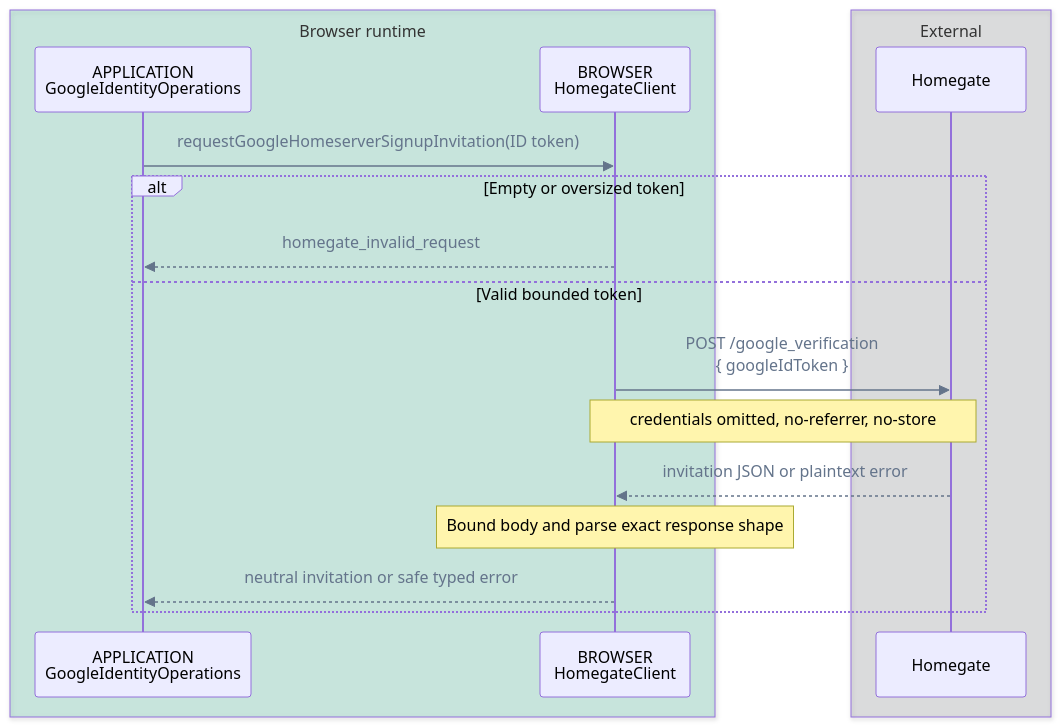
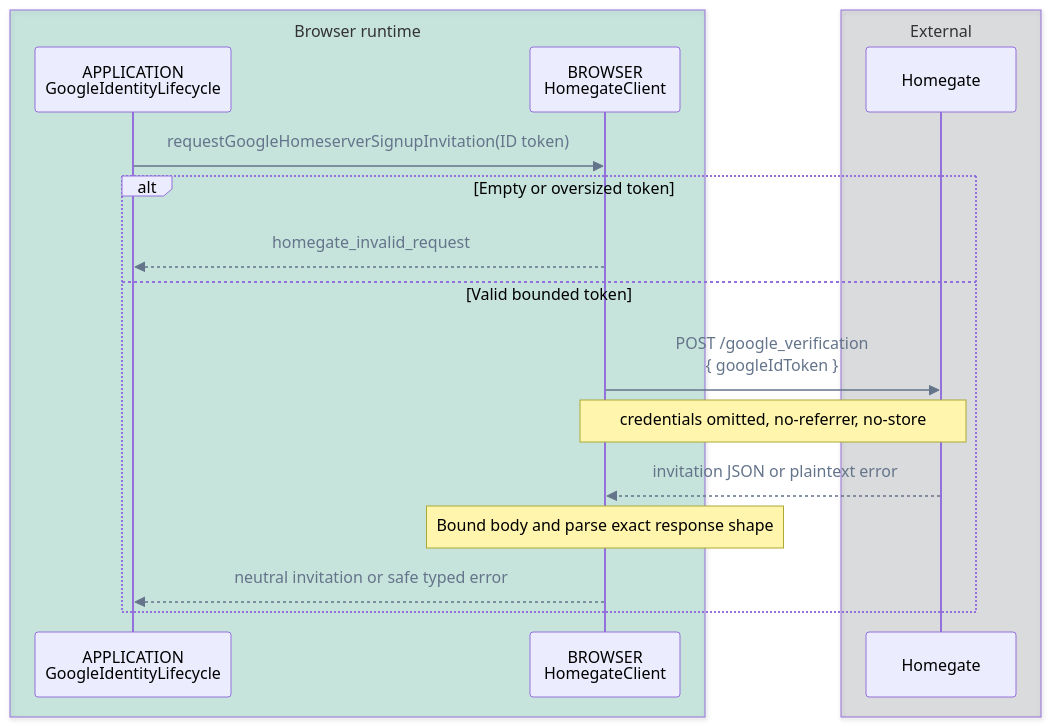
One commit to pubky/pubky-passport changed diagram 14 of 14 in FLOWS.md. Above: the diagram before and after it, drawn with Mermaid. The commit also changed other lines of this file and 15 other files, not shown here.

````diff
--- a/FLOWS.md
+++ b/FLOWS.md
@@ -715,24 +715,24 @@
 ```mermaid
 %%{init: {"themeVariables": {"signalColor": "#64748B", "signalTextColor": "#64748B"}}}%%
 sequenceDiagram
     accTitle: Direct browser Homegate signup invitation call flow
     accDescr: The browser adapter sends only the Google ID token directly to configured Homegate, then bounds and maps the invitation or plaintext error to a safe application result.
     box rgba(0, 158, 115, 0.18) Browser runtime
-        participant UseCase as APPLICATION<br/>GoogleIdentityOperations
+        participant UseCase as APPLICATION<br/>GoogleIdentityLifecycle
         participant Adapter as BROWSER<br/>HomegateClient
     end
     box rgba(17, 24, 39, 0.12) External
         participant Homegate as Homegate
     end
 
     UseCase->>Adapter: requestGoogleHomeserverSignupInvitation(ID token)
     alt Empty or oversized token
         Adapter-->>UseCase: homegate_invalid_request
     else Valid bounded token
         Adapter->>Homegate: POST /google_verification<br/>{ googleIdToken }
         Note over Adapter,Homegate: credentials omitted, no-referrer, no-store
         Homegate-->>Adapter: invitation JSON or plaintext error
         Note over Adapter: Bound body and parse exact response shape
         Adapter-->>UseCase: neutral invitation or safe typed error
     end
 ```
````
